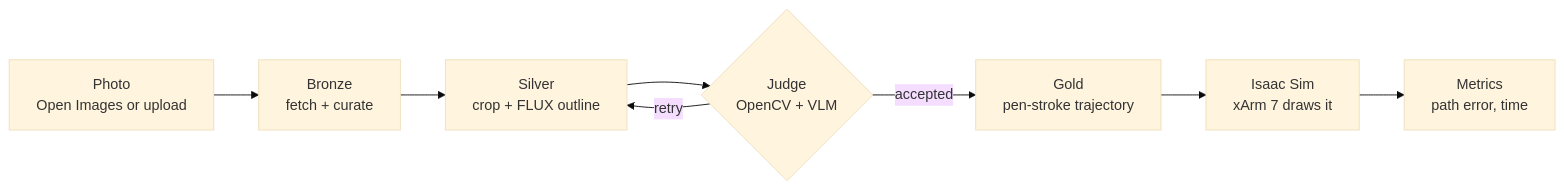
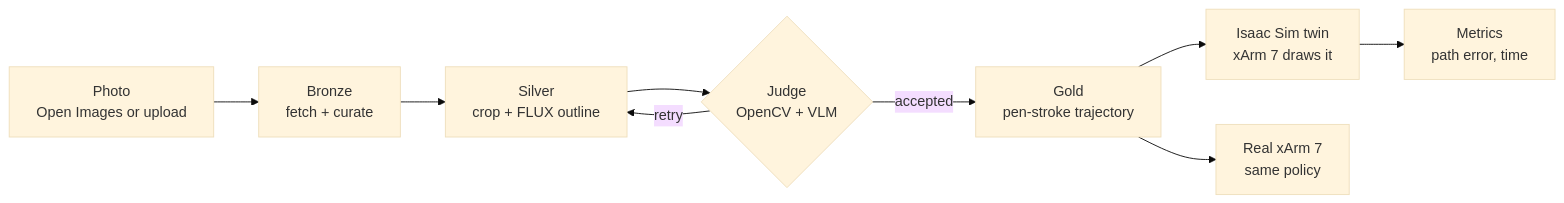
The diagram in README.md (shra012/WildTrace), drawn with Mermaid (base theme) before and after one commit. The commit also changed other lines of this file, not shown here.

````diff
--- a/README.md
+++ b/README.md
@@ -30,10 +42,11 @@
 ```mermaid
 flowchart LR
     A[Photo<br/>Open Images or upload] --> B[Bronze<br/>fetch + curate]
     B --> C[Silver<br/>crop + FLUX outline]
     C --> D{Judge<br/>OpenCV + VLM}
     D -- retry --> C
     D -- accepted --> E[Gold<br/>pen-stroke trajectory]
-    E --> F[Isaac Sim<br/>xArm 7 draws it]
+    E --> F[Isaac Sim twin<br/>xArm 7 draws it]
     F --> G[Metrics<br/>path error, time]
+    E --> H[Real xArm 7<br/>same policy]
 ```
````
